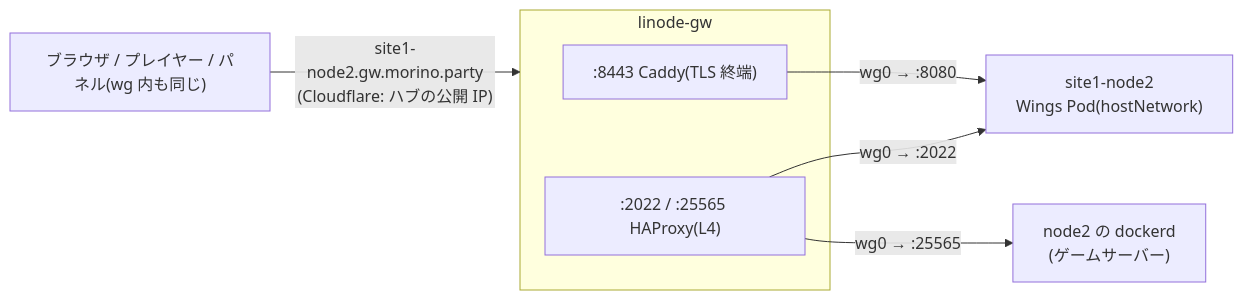
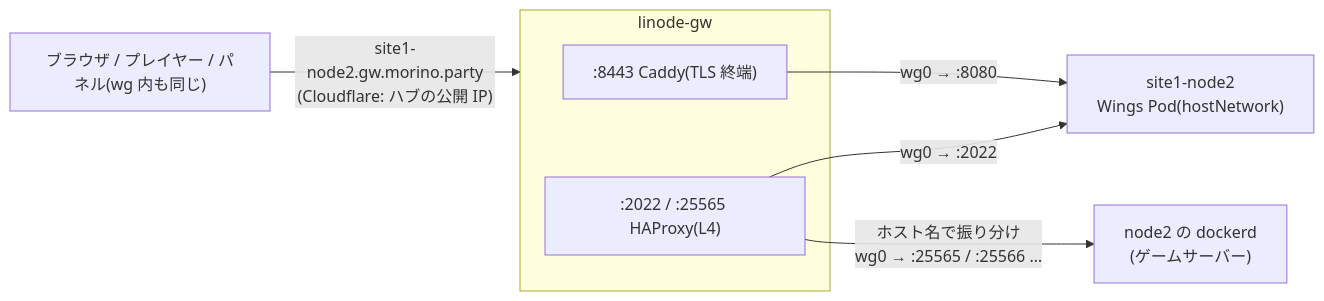
Before and after one commit to morinoparty/moripa-infra: the diagram in docs/content/docs/admin/wings.mdx, drawn with Mermaid. The commit also changed other lines of this file and 8 other files, not shown here.

````diff
--- a/docs/content/docs/admin/wings.mdx
+++ b/docs/content/docs/admin/wings.mdx
@@ -21,11 +21,11 @@
 ```mermaid
 flowchart LR
     Ext["ブラウザ / プレイヤー / パネル(wg 内も同じ)"] -- "site1-node2.gw.morino.party<br/>(Cloudflare: ハブの公開 IP)" --> GW
     subgraph GW["linode-gw"]
       Caddy[":8443 Caddy(TLS 終端)"]
       HAP[":2022 / :25565 HAProxy(L4)"]
     end
     Caddy -- "wg0 → :8080" --> N2["site1-node2<br/>Wings Pod(hostNetwork)"]
     HAP -- "wg0 → :2022" --> N2
-    HAP -- "wg0 → :25565" --> D["node2 の dockerd<br/>(ゲームサーバー)"]
+    HAP -- "ホスト名で振り分け<br/>wg0 → :25565 / :25566 …" --> D["node2 の dockerd<br/>(ゲームサーバー)"]
 ```
````
